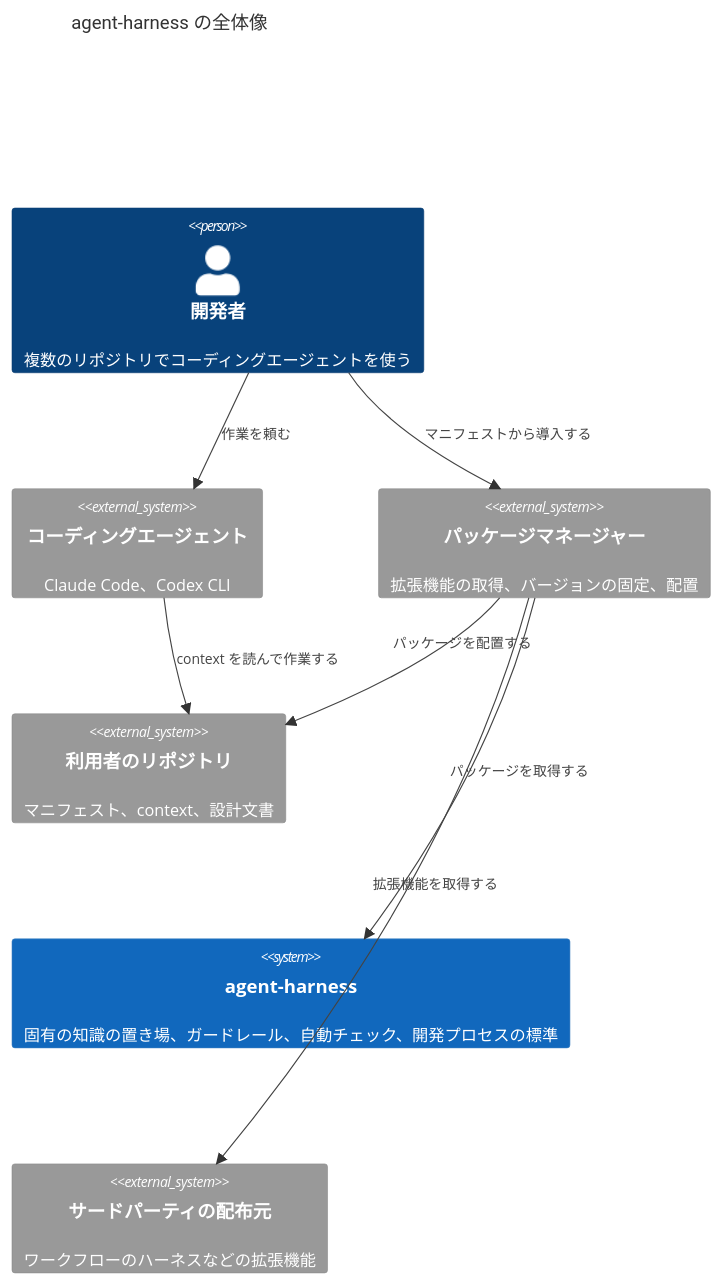
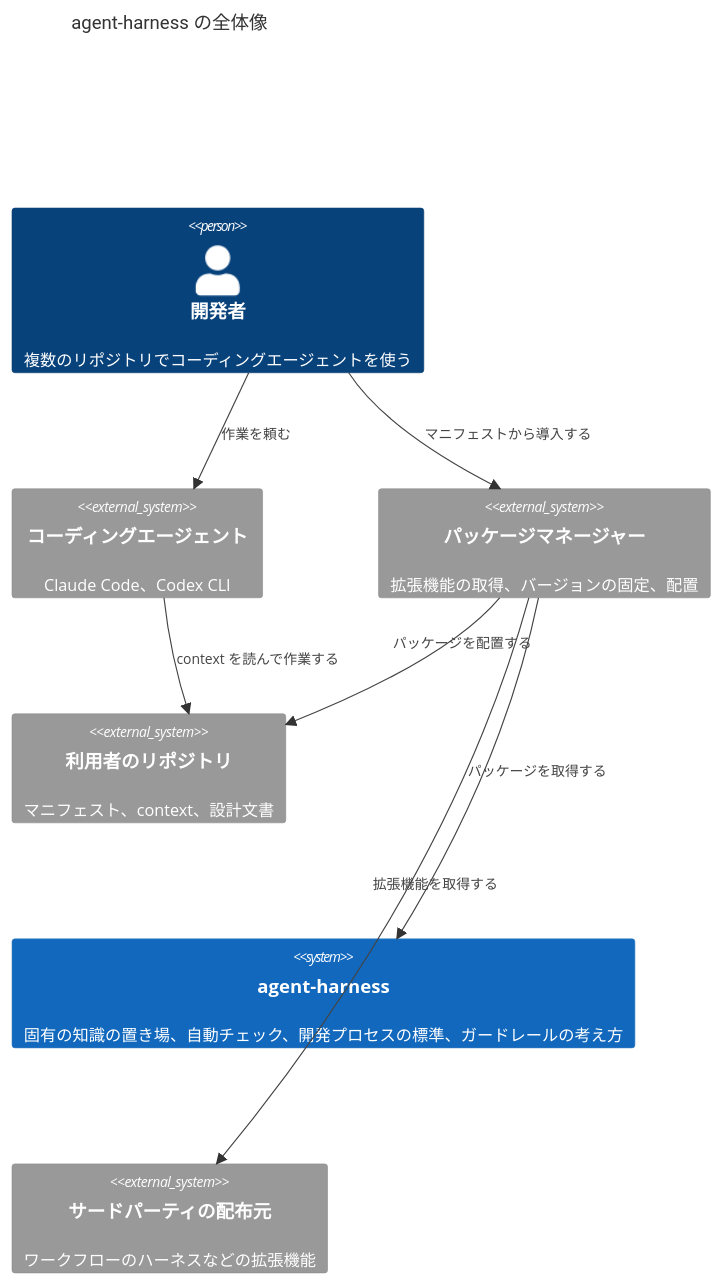
Before and after one commit to Fukuemon/agent-harness: the diagram in PRD.md, drawn with Mermaid. The commit also changed other lines of this file and 4 other files, not shown here.

````diff
--- a/PRD.md
+++ b/PRD.md
@@ -213,22 +214,22 @@
 ```mermaid
 C4Context
     title agent-harness の全体像
 
     UpdateLayoutConfig($c4ShapeInRow="2", $c4BoundaryInRow="1")
 
     Person(dev, "開発者", "複数のリポジトリでコーディングエージェントを使う")
     System_Ext(agent, "コーディングエージェント", "Claude Code、Codex CLI")
     System_Ext(pm, "パッケージマネージャー", "拡張機能の取得、バージョンの固定、配置")
     System_Ext(repo, "利用者のリポジトリ", "マニフェスト、context、設計文書")
-    System(ah, "agent-harness", "固有の知識の置き場、ガードレール、自動チェック、開発プロセスの標準")
+    System(ah, "agent-harness", "固有の知識の置き場、自動チェック、開発プロセスの標準、ガードレールの考え方")
     System_Ext(third, "サードパーティの配布元", "ワークフローのハーネスなどの拡張機能")
 
     Rel(dev, agent, "作業を頼む")
     Rel(dev, pm, "マニフェストから導入する")
     Rel(agent, repo, "context を読んで作業する")
     Rel(pm, repo, "パッケージを配置する")
     Rel(pm, ah, "パッケージを取得する")
     Rel(pm, third, "拡張機能を取得する")
 
     UpdateRelStyle(pm, repo, $offsetY="-18")
 ```
````
